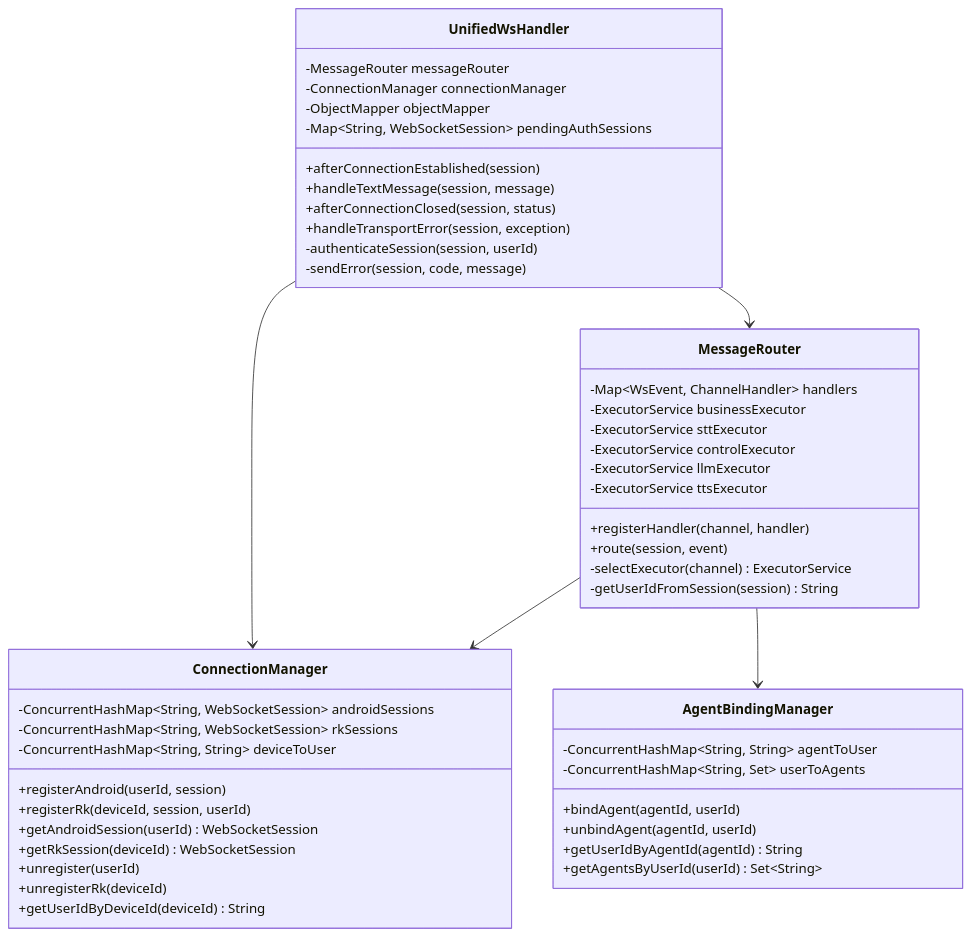
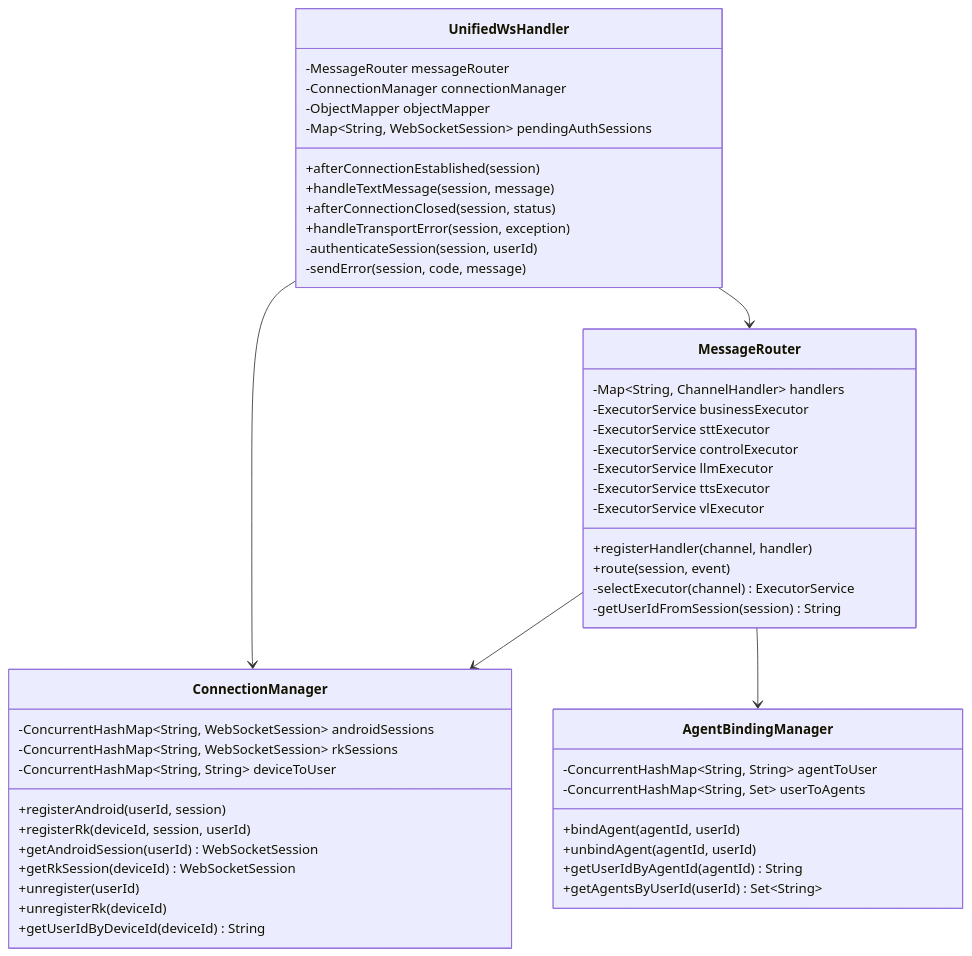
The seventh of 18 diagrams in cursor/WS重构.md (nangong918/magic-vector), drawn with Mermaid before and after one commit. The commit also changed other lines of this file, not shown here.

Commit message:
deepseek: ws重构状态机状态图

````diff
--- a/cursor/WS重构.md
+++ b/cursor/WS重构.md
@@ -724,55 +724,56 @@
 ```mermaid
 classDiagram
     class UnifiedWsHandler {
         -MessageRouter messageRouter
         -ConnectionManager connectionManager
         -ObjectMapper objectMapper
         -Map~String, WebSocketSession~ pendingAuthSessions
         +afterConnectionEstablished(session)
         +handleTextMessage(session, message)
         +afterConnectionClosed(session, status)
         +handleTransportError(session, exception)
         -authenticateSession(session, userId)
         -sendError(session, code, message)
     }
-    
+
     class MessageRouter {
-        -Map~WsEvent, ChannelHandler~ handlers
+        -Map~String, ChannelHandler~ handlers
         -ExecutorService businessExecutor
         -ExecutorService sttExecutor
         -ExecutorService controlExecutor
         -ExecutorService llmExecutor
         -ExecutorService ttsExecutor
+        -ExecutorService vlExecutor
         +registerHandler(channel, handler)
         +route(session, event)
         -selectExecutor(channel) ExecutorService
         -getUserIdFromSession(session) String
     }
-    
+
     class ConnectionManager {
         -ConcurrentHashMap~String, WebSocketSession~ androidSessions
         -ConcurrentHashMap~String, WebSocketSession~ rkSessions
         -ConcurrentHashMap~String, String~ deviceToUser
         +registerAndroid(userId, session)
         +registerRk(deviceId, session, userId)
         +getAndroidSession(userId) WebSocketSession
         +getRkSession(deviceId) WebSocketSession
         +unregister(userId)
         +unregisterRk(deviceId)
         +getUserIdByDeviceId(deviceId) String
     }
-    
+
     class AgentBindingManager {
         -ConcurrentHashMap~String, String~ agentToUser
         -ConcurrentHashMap~String, Set~ userToAgents
         +bindAgent(agentId, userId)
         +unbindAgent(agentId, userId)
         +getUserIdByAgentId(agentId) String
         +getAgentsByUserId(userId) Set~String~
     }
-    
+
     UnifiedWsHandler --> MessageRouter
     UnifiedWsHandler --> ConnectionManager
     MessageRouter --> ConnectionManager
     MessageRouter --> AgentBindingManager
 ```
````
